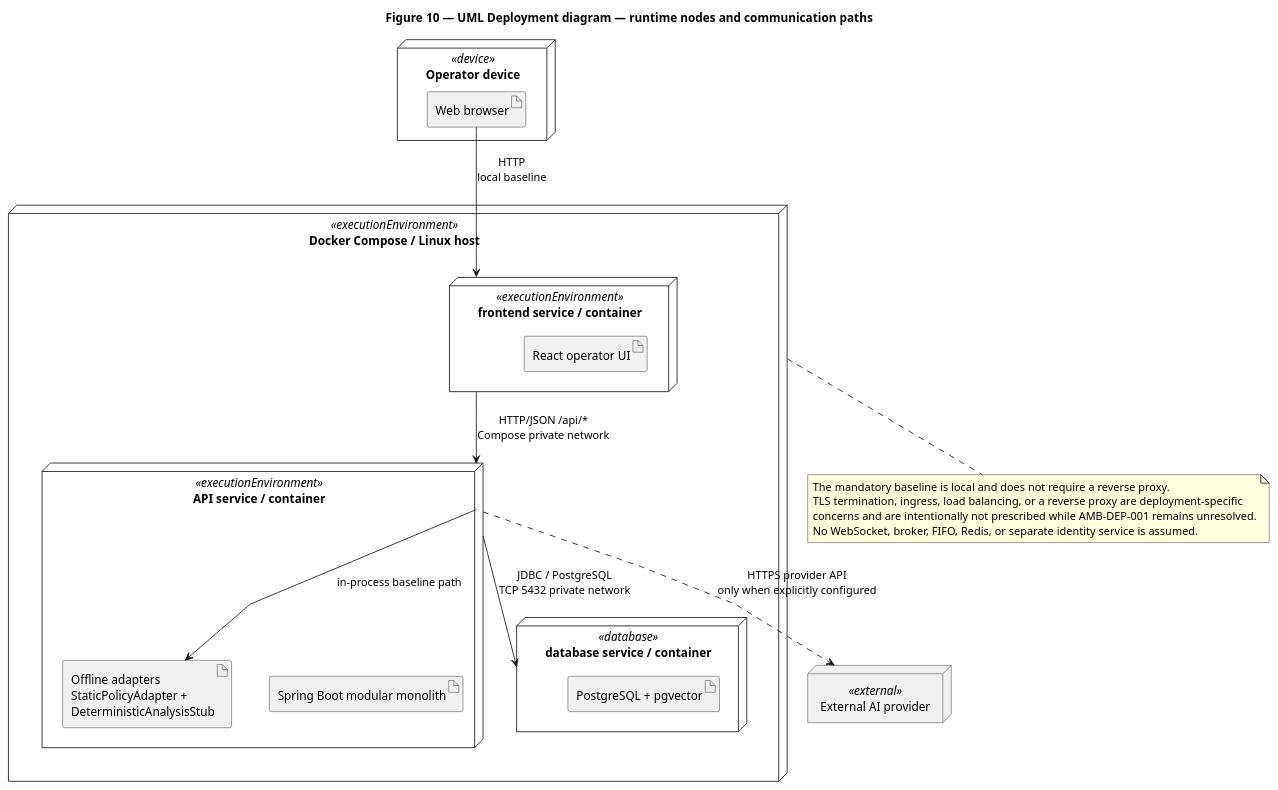
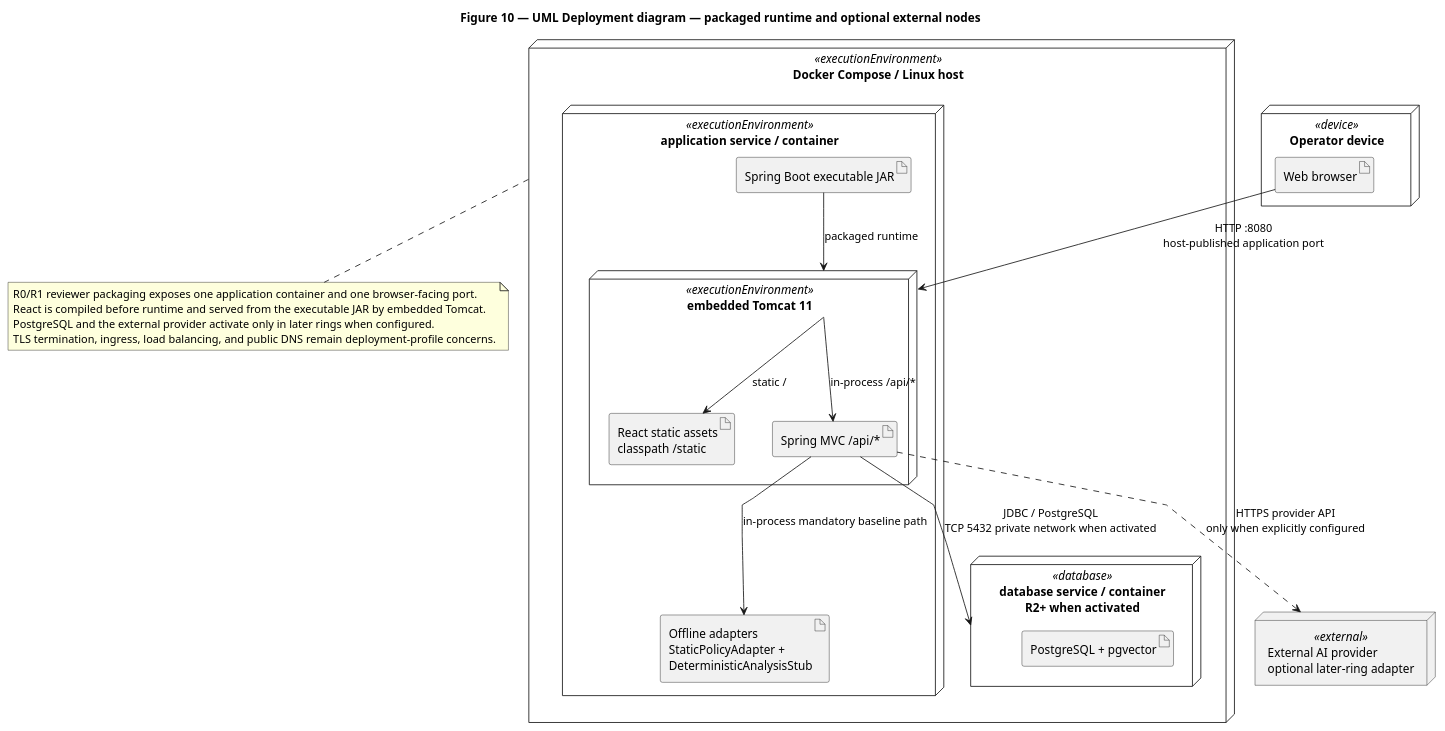
The diagram in docs/assignment/SDD/diagrams/deployment-topology.puml (jdoe-dev-159753/specgraph-reference-app), drawn with PlantUML before and after one commit. The commit also changed 15 other files, not shown here.

```diff
--- a/docs/assignment/SDD/diagrams/deployment-topology.puml
+++ b/docs/assignment/SDD/diagrams/deployment-topology.puml
@@ -1,41 +1,43 @@
 @startuml
-title Figure 10 — UML Deployment diagram — runtime nodes and communication paths
+title Figure 10 — UML Deployment diagram — packaged runtime and optional external nodes
 top to bottom direction
 skinparam linetype polyline
 skinparam nodesep 45
 skinparam ranksep 55
 
 node "Operator device" as Device <<device>> {
   artifact "Web browser" as Browser
 }
 
 node "Docker Compose / Linux host" as Host <<executionEnvironment>> {
-  node "frontend service / container" as Web <<executionEnvironment>> {
-    artifact "React operator UI" as React
-  }
-
-  node "API service / container" as Api <<executionEnvironment>> {
-    artifact "Spring Boot modular monolith" as Spring
+  node "application service / container" as App <<executionEnvironment>> {
+    node "embedded Tomcat 11" as Tomcat <<executionEnvironment>> {
+      artifact "React static assets\nclasspath /static" as React
+      artifact "Spring MVC /api/*" as Api
+    }
+    artifact "Spring Boot executable JAR" as Jar
     artifact "Offline adapters\nStaticPolicyAdapter +\nDeterministicAnalysisStub" as Offline
   }
 
-  node "database service / container" as DB <<database>> {
+  node "database service / container\nR2+ when activated" as DB <<database>> {
     artifact "PostgreSQL + pgvector" as PostgreSQL
   }
 }
 
-node "External AI provider" as Provider <<external>>
+node "External AI provider\noptional later-ring adapter" as Provider <<external>>
 
-Browser --> Web : HTTP\nlocal baseline
-Web --> Api : HTTP/JSON /api/*\nCompose private network
-Api --> DB : JDBC / PostgreSQL\nTCP 5432 private network
+Browser --> Tomcat : HTTP :8080\nhost-published application port
+Tomcat --> React : static /
+Tomcat --> Api : in-process /api/*
+Jar --> Tomcat : packaged runtime
+Api --> DB : JDBC / PostgreSQL\nTCP 5432 private network when activated
 Api ..> Provider : HTTPS provider API\nonly when explicitly configured
-Api --> Offline : in-process baseline path
+Api --> Offline : in-process mandatory baseline path
 
 note bottom of Host
-  The mandatory baseline is local and does not require a reverse proxy.
-  TLS termination, ingress, load balancing, or a reverse proxy are deployment-specific
-  concerns and are intentionally not prescribed while AMB-DEP-001 remains unresolved.
-  No WebSocket, broker, FIFO, Redis, or separate identity service is assumed.
+  R0/R1 reviewer packaging exposes one application container and one browser-facing port.
+  React is compiled before runtime and served from the executable JAR by embedded Tomcat.
+  PostgreSQL and the external provider activate only in later rings when configured.
+  TLS termination, ingress, load balancing, and public DNS remain deployment-profile concerns.
 end note
 @enduml
```
